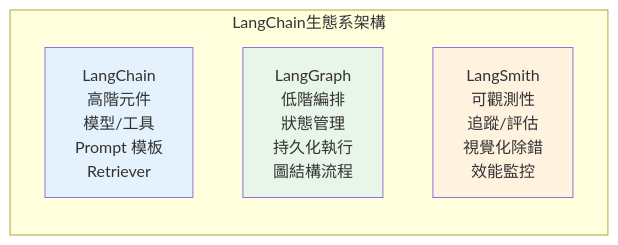
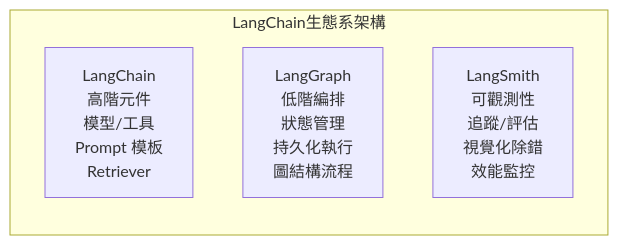
Before and after one commit to millerlai/study-langgraph: the first of 7 diagrams in src/phase01/1.1-langgraph-overview.md, drawn with Mermaid.

Commit message:
Remove custom fill colors from Mermaid ecosystem diagram

````diff
--- a/src/phase01/1.1-langgraph-overview.md
+++ b/src/phase01/1.1-langgraph-overview.md
@@ -96,12 +96,8 @@
 ```mermaid
 graph LR
     subgraph LangChain生態系架構
         LC["LangChain\n高階元件\n模型/工具\nPrompt 模板\nRetriever"]
         LG["LangGraph\n低階編排\n狀態管理\n持久化執行\n圖結構流程"]
         LS["LangSmith\n可觀測性\n追蹤/評估\n視覺化除錯\n效能監控"]
     end
-
-    style LC fill:#e3f2fd
-    style LG fill:#e8f5e9
-    style LS fill:#fff3e0
 ```
````
